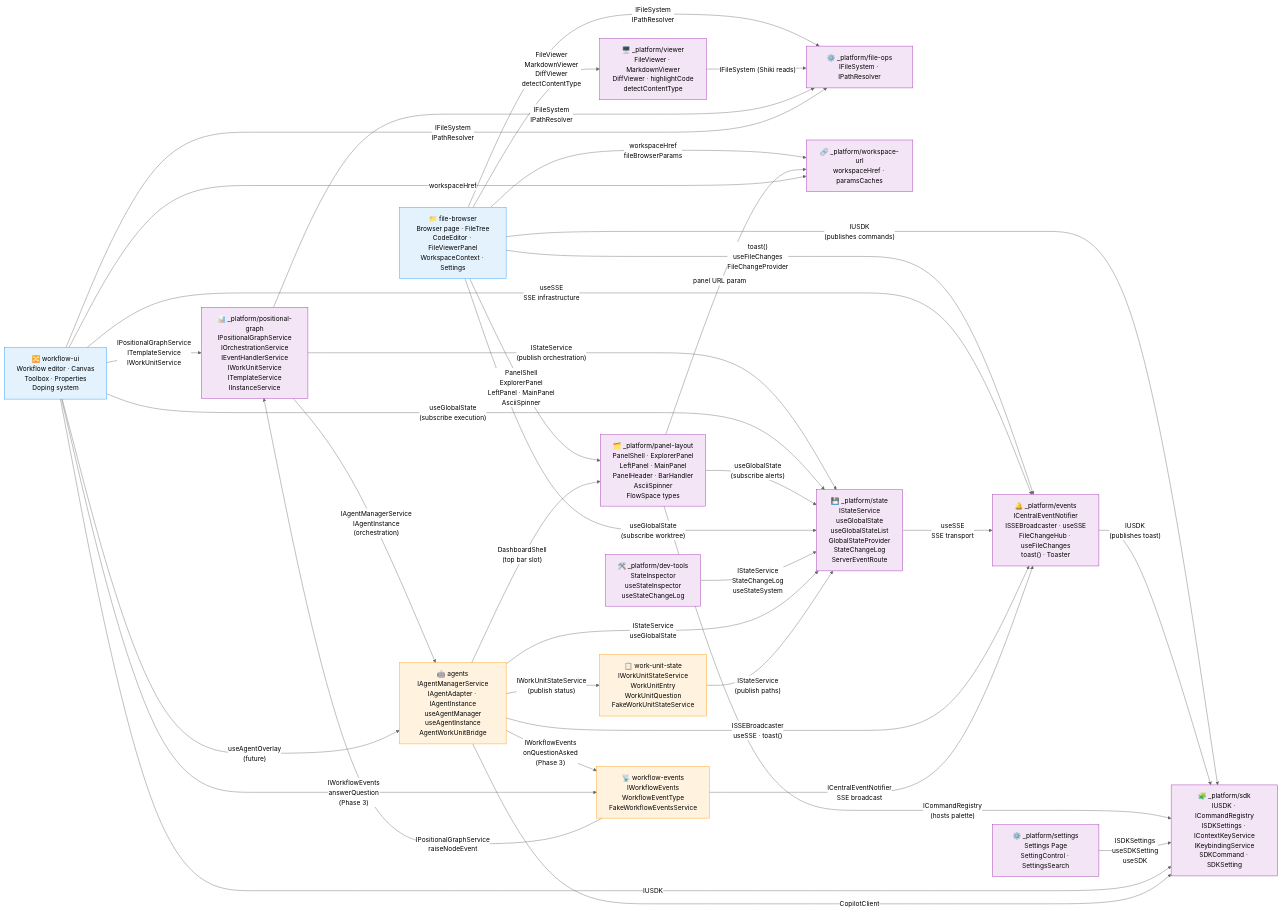
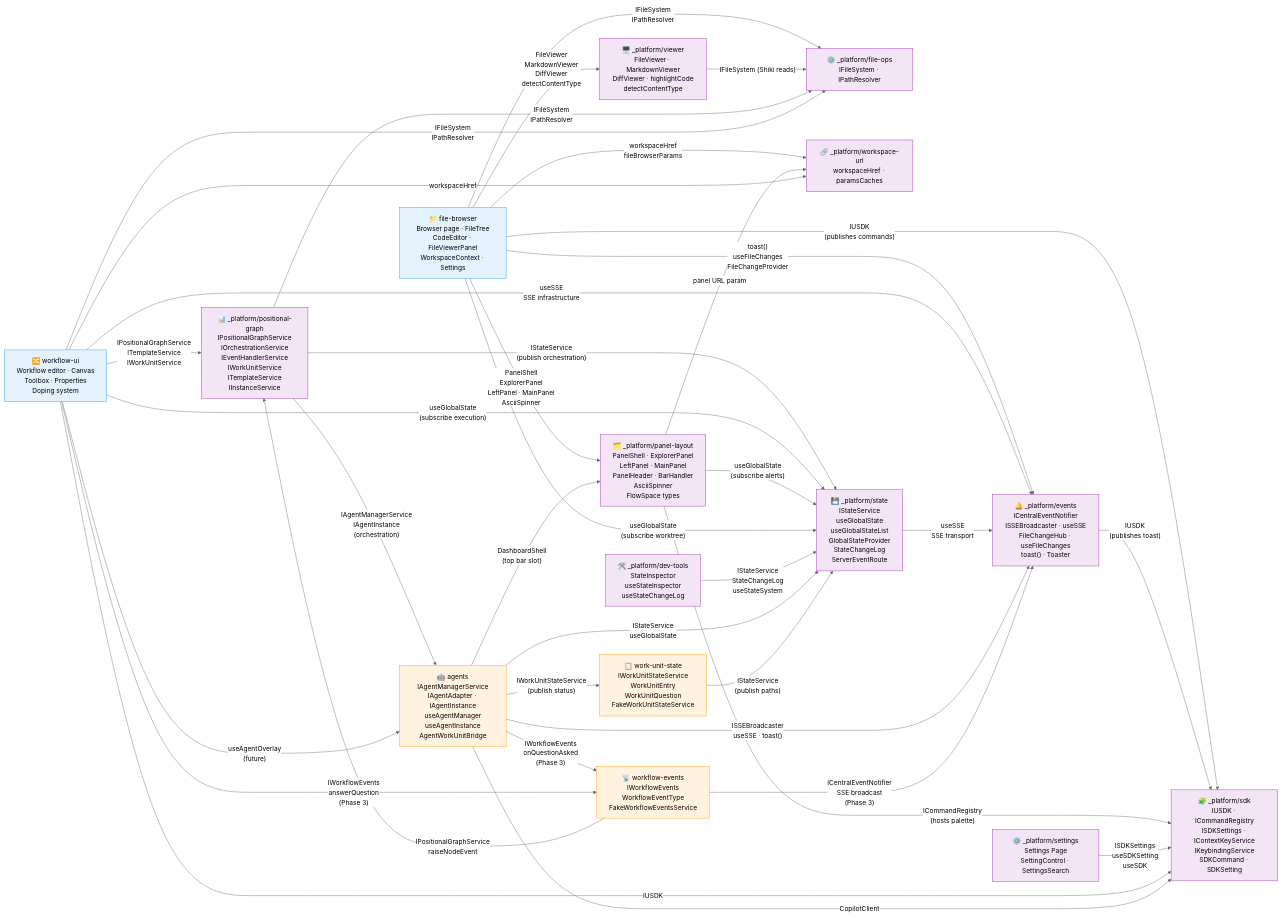
The diagram in docs/domains/domain-map.md (AI-Substrate/chainglass), drawn with Mermaid (neutral theme) before and after one commit. The commit also changed 9 other files, not shown here.

````diff
--- a/docs/domains/domain-map.md
+++ b/docs/domains/domain-map.md
@@ -84,7 +84,7 @@
 
     %% NEW: Workflow Events dependencies (Plan 061)
     wfEvents -->|"IPositionalGraphService<br/>raiseNodeEvent"| posGraph
-    wfEvents -->|"ICentralEventNotifier<br/>SSE broadcast"| events
+    wfEvents -->|"ICentralEventNotifier<br/>SSE broadcast<br/>(Phase 3)"| events
     agents -->|"IWorkflowEvents<br/>onQuestionAsked<br/>(Phase 3)"| wfEvents
     workflowUI -->|"IWorkflowEvents<br/>answerQuestion<br/>(Phase 3)"| wfEvents
 ```
````
